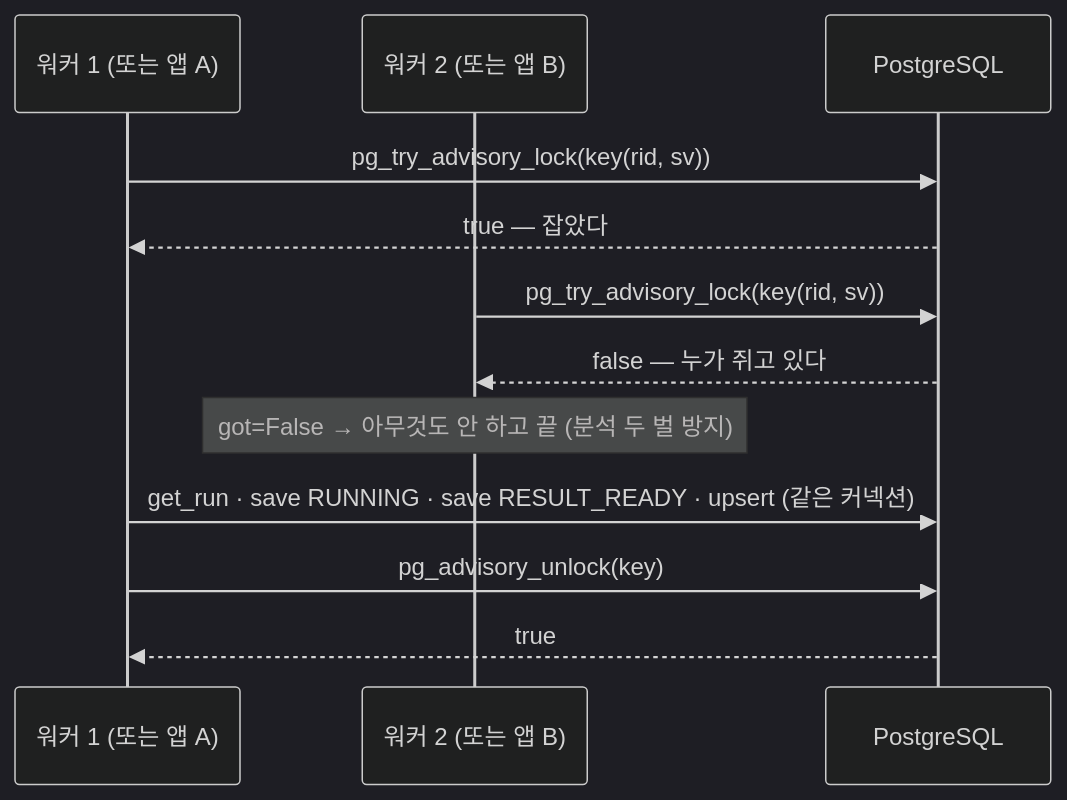
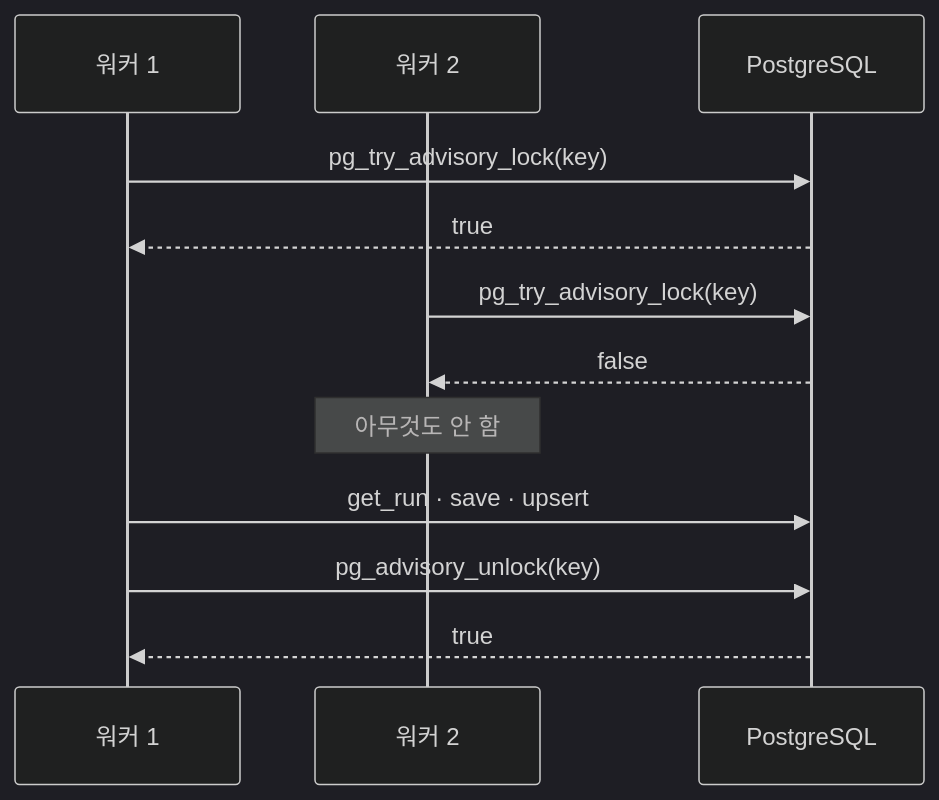
The second of 2 diagrams in profiling/docs/학습_가이드/05_동시성.md (100-hours-a-week/KTB4-12th-AI), drawn with Mermaid (dark theme) before and after one commit. The commit also changed other lines of this file and 70 other files, not shown here.

````diff
--- a/profiling/docs/학습_가이드/05_동시성.md
+++ b/profiling/docs/학습_가이드/05_동시성.md
@@ -253,14 +253,14 @@
 ```mermaid
 sequenceDiagram
-  participant W1 as 워커 1 (또는 앱 A)
-  participant W2 as 워커 2 (또는 앱 B)
+  participant W1 as 워커 1
+  participant W2 as 워커 2
   participant PG as PostgreSQL
-  W1->>PG: pg_try_advisory_lock(key(rid, sv))
-  PG-->>W1: true — 잡았다
-  W2->>PG: pg_try_advisory_lock(key(rid, sv))
-  PG-->>W2: false — 누가 쥐고 있다
-  Note over W2: got=False → 아무것도 안 하고 끝 (분석 두 벌 방지)
-  W1->>PG: get_run · save RUNNING · save RESULT_READY · upsert (같은 커넥션)
+  W1->>PG: pg_try_advisory_lock(key)
+  PG-->>W1: true
+  W2->>PG: pg_try_advisory_lock(key)
+  PG-->>W2: false
+  Note over W2: 아무것도 안 함
+  W1->>PG: get_run · save · upsert
   W1->>PG: pg_advisory_unlock(key)
   PG-->>W1: true
 ```
````
